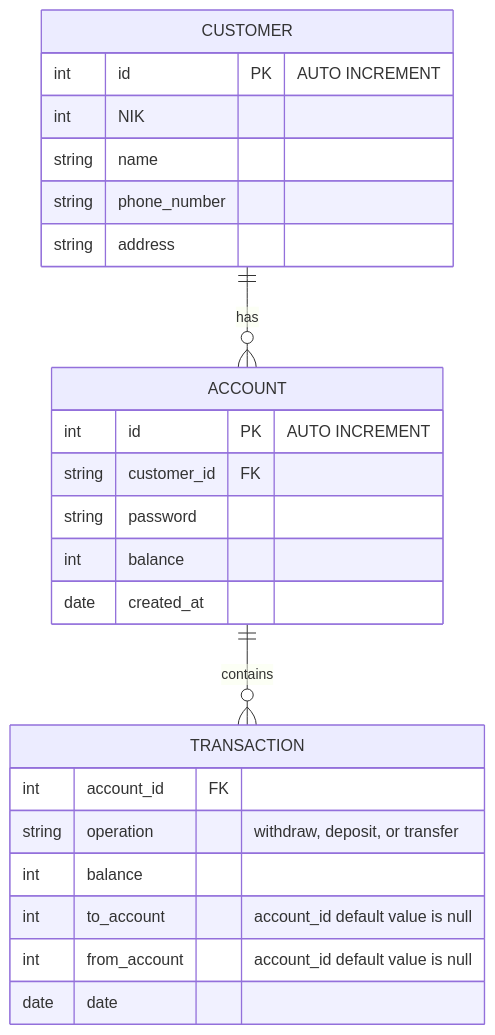
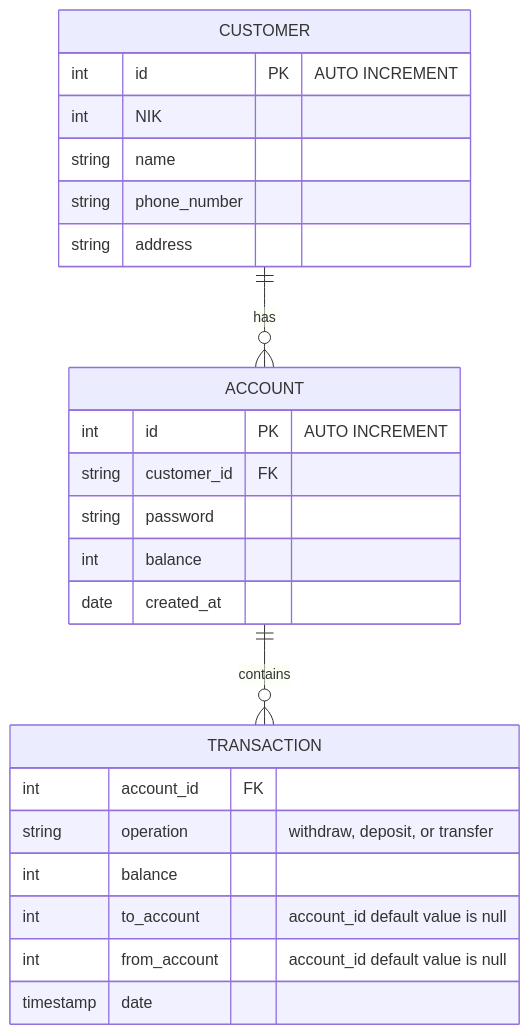
Before and after one commit to KevinDylanPrayudi/BEJS_fgabatch2_KevinDylanPrayudi_ChallengeChapter3: the diagram in README.md, drawn with Mermaid. The commit also changed 1 other file, not shown here.

Commit message:
docs(README): change data type for column date in table transactions

````diff
--- a/README.md
+++ b/README.md
@@ -16,28 +16,28 @@
 ```mermaid
 erDiagram
     CUSTOMER ||--o{ ACCOUNT : has
     CUSTOMER {
         int id PK "AUTO INCREMENT"
         int NIK
         string name
         string phone_number
         string address
     }
     ACCOUNT ||--o{ TRANSACTION : contains
     ACCOUNT {
         int id  PK "AUTO INCREMENT"
         string customer_id  FK
         string password
         int balance
         date created_at
     }
     TRANSACTION {
         int account_id FK
         string operation "withdraw, deposit, or transfer"
         int balance
         int to_account "account_id default value is null"
         int from_account "account_id default value is null"
-        date date
+        timestamp date
     }
 
 ```
````
